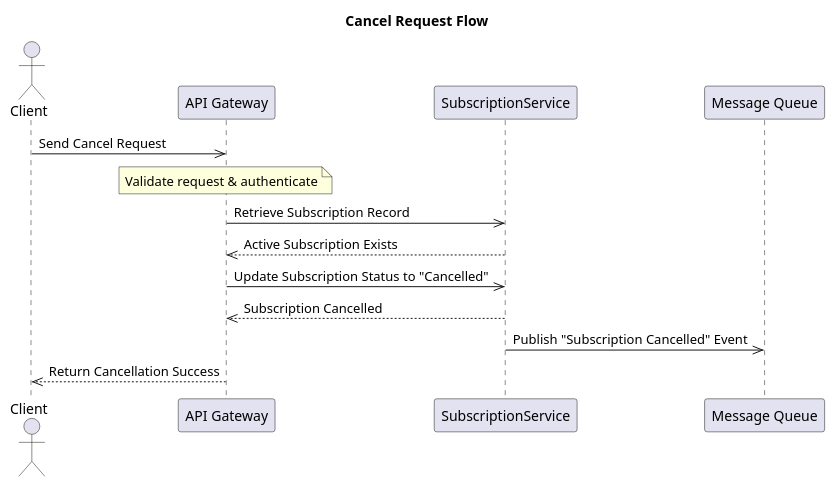
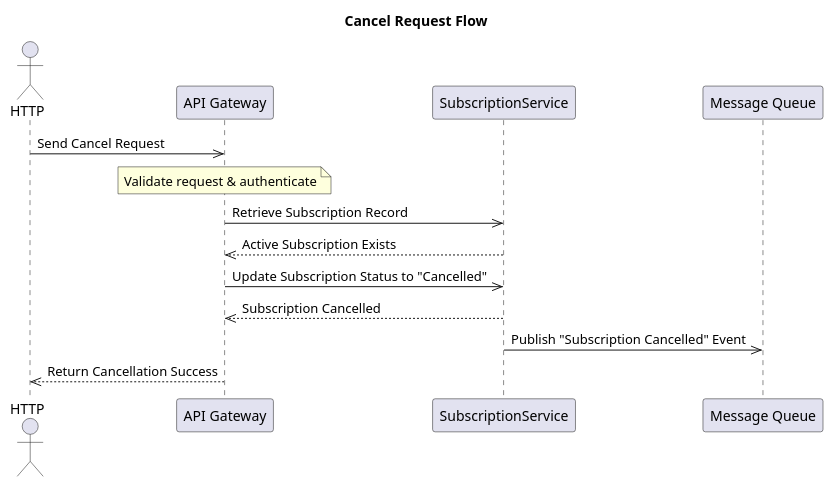
Before and after one commit to diasjakupov/golang_subscription_micro: the fifth of 6 diagrams in sequence_diagram.md, drawn with PlantUML. The commit also changed other lines of this file and 23 other files, not shown here.

```diff
--- a/sequence_diagram.md
+++ b/sequence_diagram.md
@@ -117,22 +117,22 @@
 @startuml
 title Cancel Request Flow
 
-actor Client
+actor HTTP
 participant API as "API Gateway"
 participant Subscription as "SubscriptionService"
 participant Queue as "Message Queue"
 
-Client->>API: Send Cancel Request
+HTTP->>API: Send Cancel Request
 note over API: Validate request & authenticate
 
 API->>Subscription: Retrieve Subscription Record
 Subscription-->>API: Active Subscription Exists
 
 API->>Subscription: Update Subscription Status to "Cancelled"
 Subscription-->>API: Subscription Cancelled
 
 Subscription->>Queue: Publish "Subscription Cancelled" Event
 
-API-->>Client: Return Cancellation Success
+API-->>HTTP: Return Cancellation Success
 
 @enduml
```
